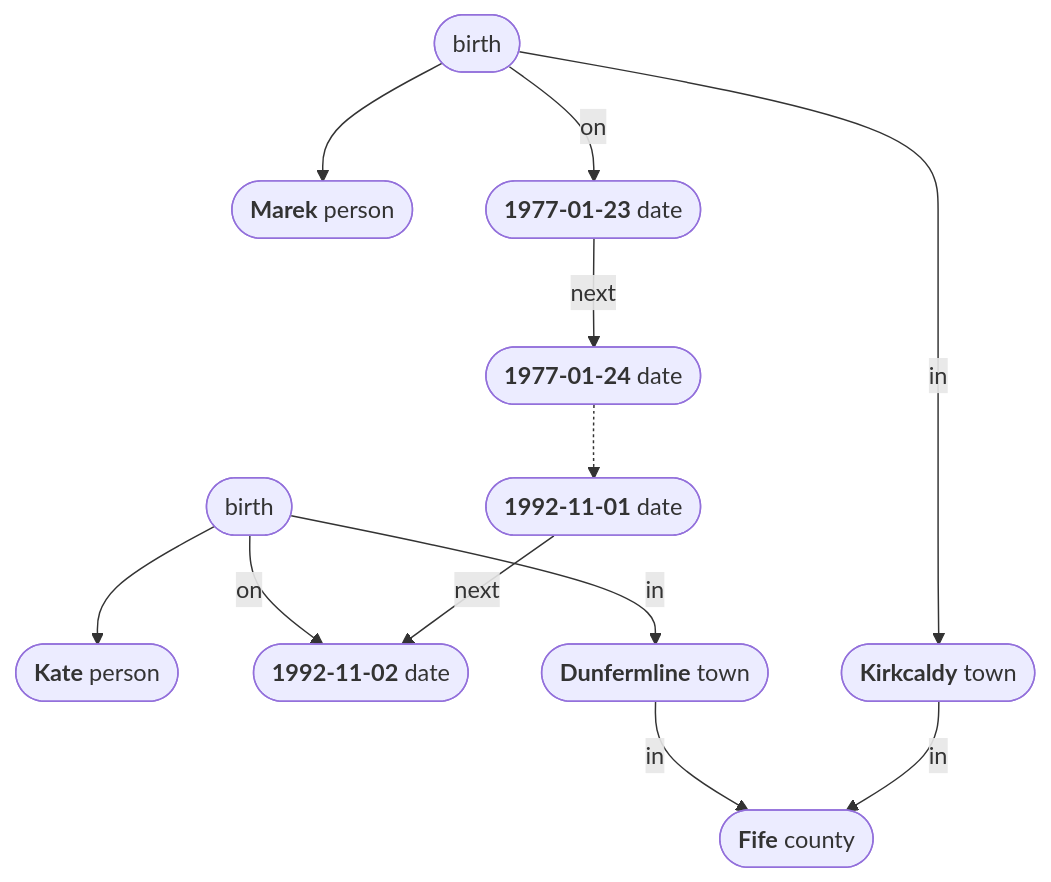
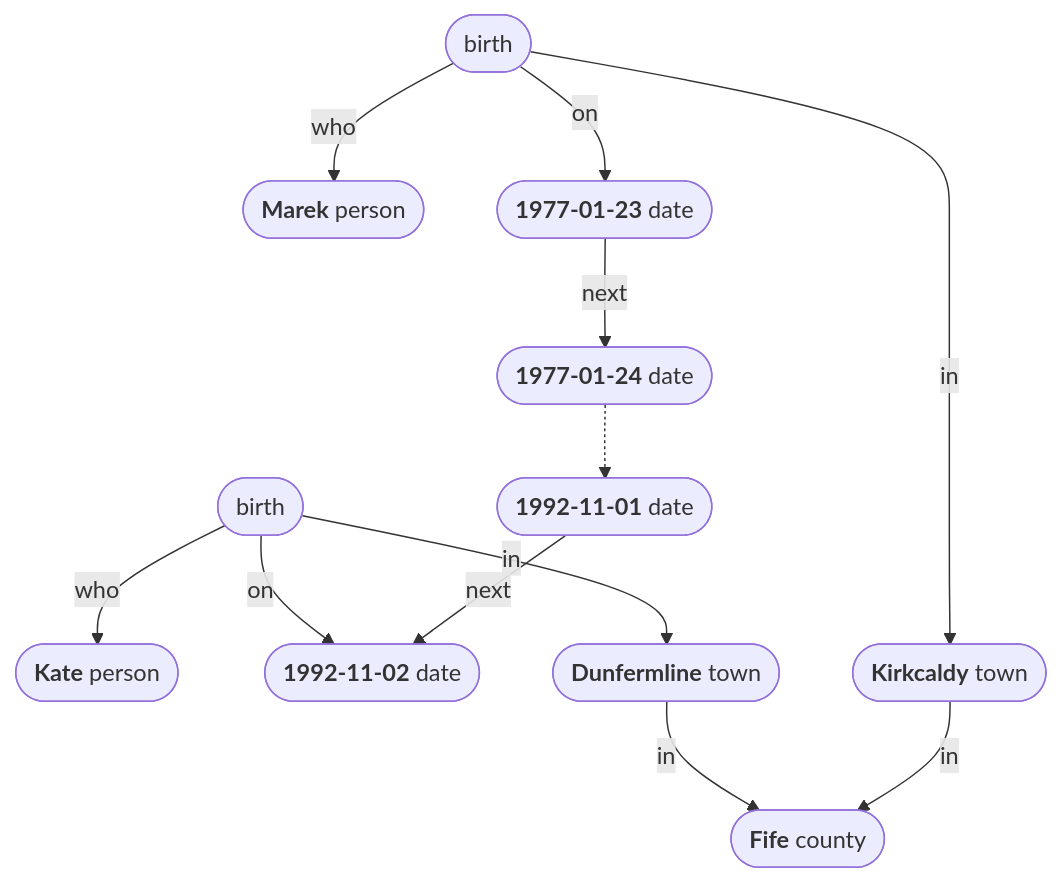
The second of 11 diagrams in d/data.md (conmaol/maglocunus), drawn with Mermaid before and after one commit. The commit also changed other lines of this file, not shown here.

````diff
--- a/d/data.md
+++ b/d/data.md
@@ -33,25 +32,25 @@
 ```mermaid
 flowchart TD
     a([birth])
     b(["`**Kate** person`"])
     c(["`**1992-11-02** date`"])
     d(["`**Dunfermline** town`"])
-    a --> b
+    a -- who --> b
     a -- on --> c
     a -- in --> d
     aa([birth])
     bb(["`**Marek** person`"])
     cc(["`**1977-01-23** date`"])
     dd(["`**Kirkcaldy** town`"])
-    aa --> bb
+    aa -- who --> bb
     aa -- on --> cc
     aa -- in --> dd
     e(["`**Fife** county`"])
     d -- in --> e
     dd -- in --> e
     ccc(["`**1977-01-24** date`"])
     cc -- next --> ccc
     cccc(["`**1992-11-01** date`"])
     cccc -- next --> c
     ccc -.-> cccc
 ```
````
